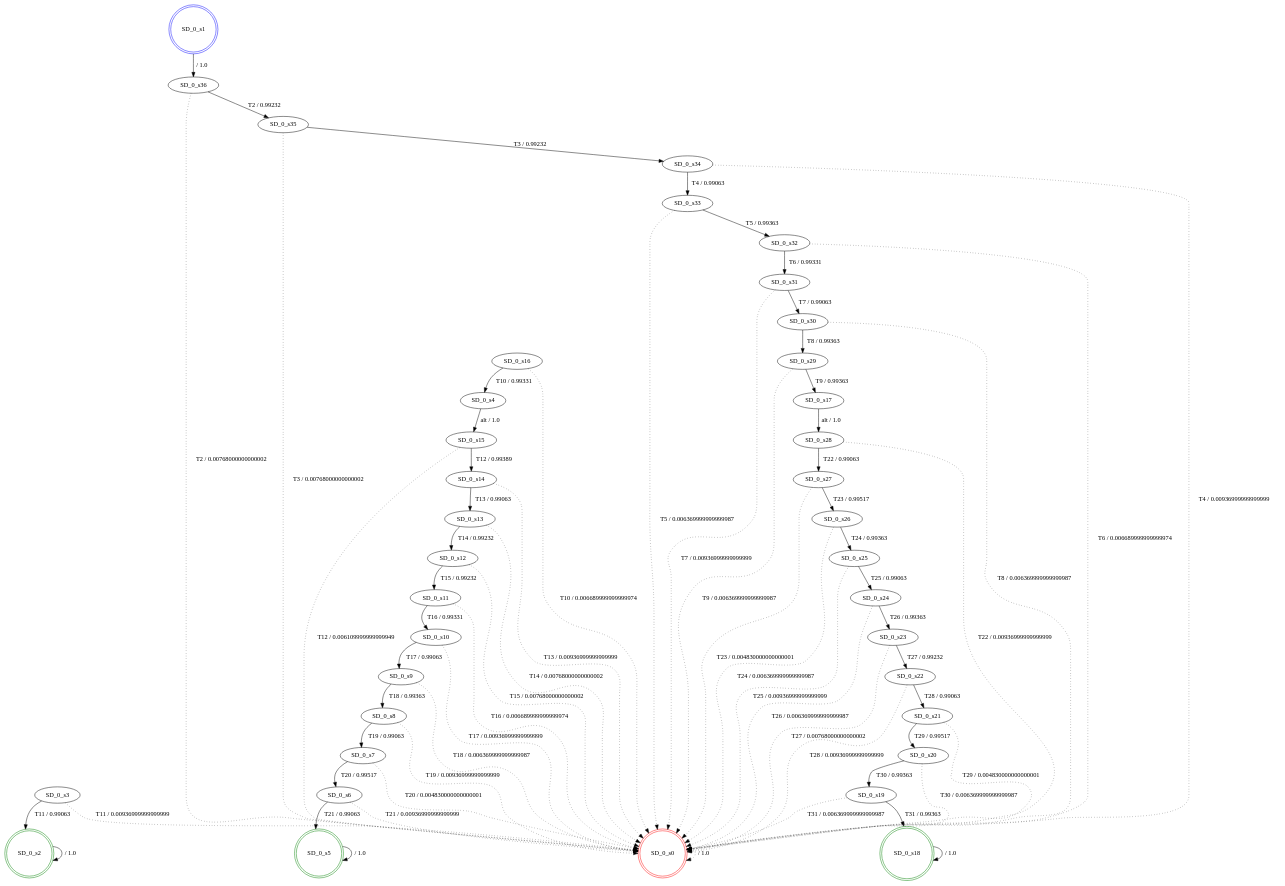
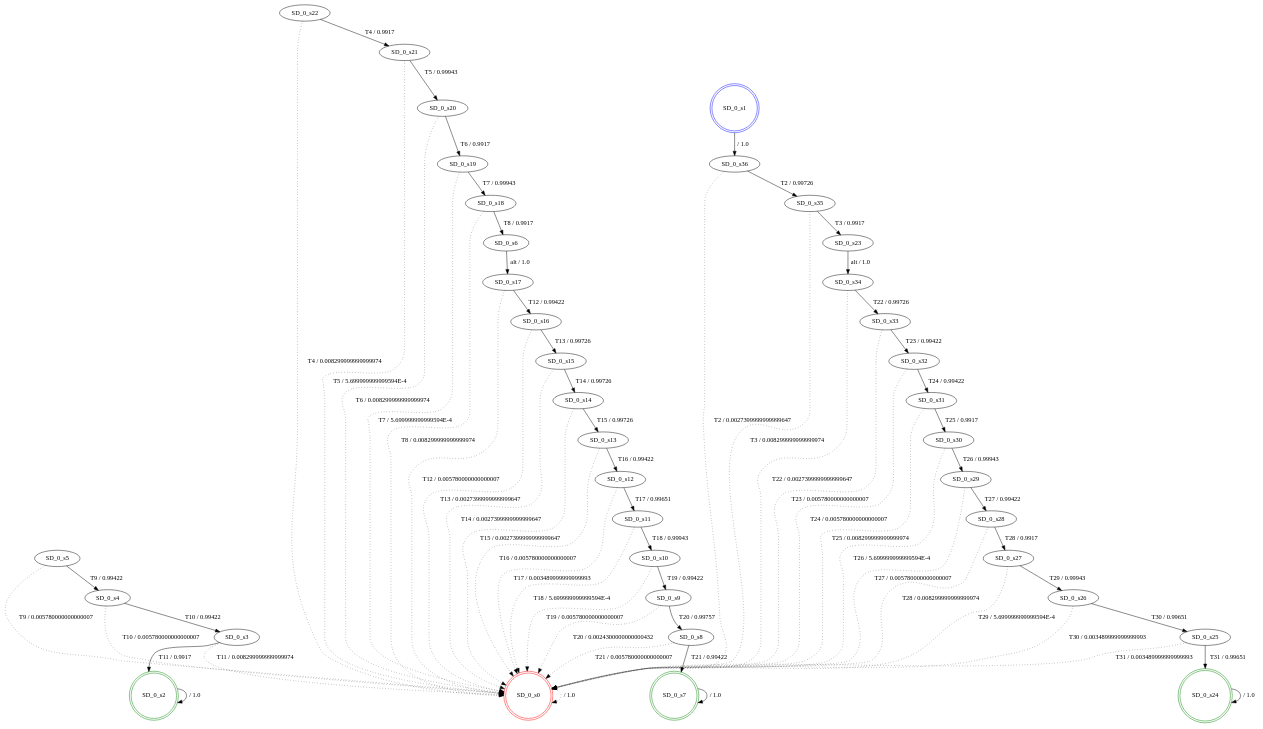
The diagram in src/results_igor/fdtmc_SD_0.dot (SPLMC/spl-generator), drawn with Graphviz before and after one commit. The commit also changed 20 other files, not shown here.

```diff
--- a/src/results_igor/fdtmc_SD_0.dot
+++ b/src/results_igor/fdtmc_SD_0.dot
@@ -1,106 +1,106 @@
 digraph graphname {
 SD_0_s0 [label="SD_0_s0",color=red,shape=doublecircle ];
 SD_0_s1 [label="SD_0_s1",color=blue,shape=doublecircle ];
 SD_0_s2 [label="SD_0_s2",color=green,shape=doublecircle ];
 SD_0_s3 [label="SD_0_s3" ];
 SD_0_s4 [label="SD_0_s4" ];
-SD_0_s5 [label="SD_0_s5",color=green,shape=doublecircle ];
+SD_0_s5 [label="SD_0_s5" ];
 SD_0_s6 [label="SD_0_s6" ];
-SD_0_s7 [label="SD_0_s7" ];
+SD_0_s7 [label="SD_0_s7",color=green,shape=doublecircle ];
 SD_0_s8 [label="SD_0_s8" ];
 SD_0_s9 [label="SD_0_s9" ];
 SD_0_s10 [label="SD_0_s10" ];
 SD_0_s11 [label="SD_0_s11" ];
 SD_0_s12 [label="SD_0_s12" ];
 SD_0_s13 [label="SD_0_s13" ];
 SD_0_s14 [label="SD_0_s14" ];
 SD_0_s15 [label="SD_0_s15" ];
 SD_0_s16 [label="SD_0_s16" ];
 SD_0_s17 [label="SD_0_s17" ];
-SD_0_s18 [label="SD_0_s18",color=green,shape=doublecircle ];
+SD_0_s18 [label="SD_0_s18" ];
 SD_0_s19 [label="SD_0_s19" ];
 SD_0_s20 [label="SD_0_s20" ];
 SD_0_s21 [label="SD_0_s21" ];
 SD_0_s22 [label="SD_0_s22" ];
 SD_0_s23 [label="SD_0_s23" ];
-SD_0_s24 [label="SD_0_s24" ];
+SD_0_s24 [label="SD_0_s24",color=green,shape=doublecircle ];
 SD_0_s25 [label="SD_0_s25" ];
 SD_0_s26 [label="SD_0_s26" ];
 SD_0_s27 [label="SD_0_s27" ];
 SD_0_s28 [label="SD_0_s28" ];
 SD_0_s29 [label="SD_0_s29" ];
 SD_0_s30 [label="SD_0_s30" ];
 SD_0_s31 [label="SD_0_s31" ];
 SD_0_s32 [label="SD_0_s32" ];
 SD_0_s33 [label="SD_0_s33" ];
 SD_0_s34 [label="SD_0_s34" ];
 SD_0_s35 [label="SD_0_s35" ];
 SD_0_s36 [label="SD_0_s36" ];
 SD_0_s0 -> SD_0_s0 [label=" / 1.0", style=dotted];
 SD_0_s1 -> SD_0_s36 [label=" / 1.0"];
 SD_0_s2 -> SD_0_s2 [label=" / 1.0"];
-SD_0_s3 -> SD_0_s2 [label="T11 / 0.99063"];
-SD_0_s3 -> SD_0_s0 [label="T11 / 0.00936999999999999", style=dotted];
-SD_0_s4 -> SD_0_s15 [label="alt / 1.0"];
-SD_0_s5 -> SD_0_s5 [label=" / 1.0"];
-SD_0_s6 -> SD_0_s5 [label="T21 / 0.99063"];
-SD_0_s6 -> SD_0_s0 [label="T21 / 0.00936999999999999", style=dotted];
-SD_0_s7 -> SD_0_s6 [label="T20 / 0.99517"];
-SD_0_s7 -> SD_0_s0 [label="T20 / 0.004830000000000001", style=dotted];
-SD_0_s8 -> SD_0_s7 [label="T19 / 0.99063"];
-SD_0_s8 -> SD_0_s0 [label="T19 / 0.00936999999999999", style=dotted];
-SD_0_s9 -> SD_0_s8 [label="T18 / 0.99363"];
-SD_0_s9 -> SD_0_s0 [label="T18 / 0.006369999999999987", style=dotted];
-SD_0_s10 -> SD_0_s9 [label="T17 / 0.99063"];
-SD_0_s10 -> SD_0_s0 [label="T17 / 0.00936999999999999", style=dotted];
-SD_0_s11 -> SD_0_s10 [label="T16 / 0.99331"];
-SD_0_s11 -> SD_0_s0 [label="T16 / 0.006689999999999974", style=dotted];
-SD_0_s12 -> SD_0_s11 [label="T15 / 0.99232"];
-SD_0_s12 -> SD_0_s0 [label="T15 / 0.00768000000000002", style=dotted];
-SD_0_s13 -> SD_0_s12 [label="T14 / 0.99232"];
-SD_0_s13 -> SD_0_s0 [label="T14 / 0.00768000000000002", style=dotted];
-SD_0_s14 -> SD_0_s13 [label="T13 / 0.99063"];
-SD_0_s14 -> SD_0_s0 [label="T13 / 0.00936999999999999", style=dotted];
-SD_0_s15 -> SD_0_s14 [label="T12 / 0.99389"];
-SD_0_s15 -> SD_0_s0 [label="T12 / 0.006109999999999949", style=dotted];
-SD_0_s16 -> SD_0_s4 [label="T10 / 0.99331"];
-SD_0_s16 -> SD_0_s0 [label="T10 / 0.006689999999999974", style=dotted];
-SD_0_s17 -> SD_0_s28 [label="alt / 1.0"];
-SD_0_s18 -> SD_0_s18 [label=" / 1.0"];
-SD_0_s19 -> SD_0_s18 [label="T31 / 0.99363"];
-SD_0_s19 -> SD_0_s0 [label="T31 / 0.006369999999999987", style=dotted];
-SD_0_s20 -> SD_0_s19 [label="T30 / 0.99363"];
-SD_0_s20 -> SD_0_s0 [label="T30 / 0.006369999999999987", style=dotted];
-SD_0_s21 -> SD_0_s20 [label="T29 / 0.99517"];
-SD_0_s21 -> SD_0_s0 [label="T29 / 0.004830000000000001", style=dotted];
-SD_0_s22 -> SD_0_s21 [label="T28 / 0.99063"];
-SD_0_s22 -> SD_0_s0 [label="T28 / 0.00936999999999999", style=dotted];
-SD_0_s23 -> SD_0_s22 [label="T27 / 0.99232"];
-SD_0_s23 -> SD_0_s0 [label="T27 / 0.00768000000000002", style=dotted];
-SD_0_s24 -> SD_0_s23 [label="T26 / 0.99363"];
-SD_0_s24 -> SD_0_s0 [label="T26 / 0.006369999999999987", style=dotted];
-SD_0_s25 -> SD_0_s24 [label="T25 / 0.99063"];
-SD_0_s25 -> SD_0_s0 [label="T25 / 0.00936999999999999", style=dotted];
-SD_0_s26 -> SD_0_s25 [label="T24 / 0.99363"];
-SD_0_s26 -> SD_0_s0 [label="T24 / 0.006369999999999987", style=dotted];
-SD_0_s27 -> SD_0_s26 [label="T23 / 0.99517"];
-SD_0_s27 -> SD_0_s0 [label="T23 / 0.004830000000000001", style=dotted];
-SD_0_s28 -> SD_0_s27 [label="T22 / 0.99063"];
-SD_0_s28 -> SD_0_s0 [label="T22 / 0.00936999999999999", style=dotted];
-SD_0_s29 -> SD_0_s17 [label="T9 / 0.99363"];
-SD_0_s29 -> SD_0_s0 [label="T9 / 0.006369999999999987", style=dotted];
-SD_0_s30 -> SD_0_s29 [label="T8 / 0.99363"];
-SD_0_s30 -> SD_0_s0 [label="T8 / 0.006369999999999987", style=dotted];
-SD_0_s31 -> SD_0_s30 [label="T7 / 0.99063"];
-SD_0_s31 -> SD_0_s0 [label="T7 / 0.00936999999999999", style=dotted];
-SD_0_s32 -> SD_0_s31 [label="T6 / 0.99331"];
-SD_0_s32 -> SD_0_s0 [label="T6 / 0.006689999999999974", style=dotted];
-SD_0_s33 -> SD_0_s32 [label="T5 / 0.99363"];
-SD_0_s33 -> SD_0_s0 [label="T5 / 0.006369999999999987", style=dotted];
-SD_0_s34 -> SD_0_s33 [label="T4 / 0.99063"];
-SD_0_s34 -> SD_0_s0 [label="T4 / 0.00936999999999999", style=dotted];
-SD_0_s35 -> SD_0_s34 [label="T3 / 0.99232"];
-SD_0_s35 -> SD_0_s0 [label="T3 / 0.00768000000000002", style=dotted];
-SD_0_s36 -> SD_0_s35 [label="T2 / 0.99232"];
-SD_0_s36 -> SD_0_s0 [label="T2 / 0.00768000000000002", style=dotted];
+SD_0_s3 -> SD_0_s2 [label="T11 / 0.9917"];
+SD_0_s3 -> SD_0_s0 [label="T11 / 0.008299999999999974", style=dotted];
+SD_0_s4 -> SD_0_s3 [label="T10 / 0.99422"];
+SD_0_s4 -> SD_0_s0 [label="T10 / 0.005780000000000007", style=dotted];
+SD_0_s5 -> SD_0_s4 [label="T9 / 0.99422"];
+SD_0_s5 -> SD_0_s0 [label="T9 / 0.005780000000000007", style=dotted];
+SD_0_s6 -> SD_0_s17 [label="alt / 1.0"];
+SD_0_s7 -> SD_0_s7 [label=" / 1.0"];
+SD_0_s8 -> SD_0_s7 [label="T21 / 0.99422"];
+SD_0_s8 -> SD_0_s0 [label="T21 / 0.005780000000000007", style=dotted];
+SD_0_s9 -> SD_0_s8 [label="T20 / 0.99757"];
+SD_0_s9 -> SD_0_s0 [label="T20 / 0.0024300000000000432", style=dotted];
+SD_0_s10 -> SD_0_s9 [label="T19 / 0.99422"];
+SD_0_s10 -> SD_0_s0 [label="T19 / 0.005780000000000007", style=dotted];
+SD_0_s11 -> SD_0_s10 [label="T18 / 0.99943"];
+SD_0_s11 -> SD_0_s0 [label="T18 / 5.699999999999594E-4", style=dotted];
+SD_0_s12 -> SD_0_s11 [label="T17 / 0.99651"];
+SD_0_s12 -> SD_0_s0 [label="T17 / 0.003489999999999993", style=dotted];
+SD_0_s13 -> SD_0_s12 [label="T16 / 0.99422"];
+SD_0_s13 -> SD_0_s0 [label="T16 / 0.005780000000000007", style=dotted];
+SD_0_s14 -> SD_0_s13 [label="T15 / 0.99726"];
+SD_0_s14 -> SD_0_s0 [label="T15 / 0.0027399999999999647", style=dotted];
+SD_0_s15 -> SD_0_s14 [label="T14 / 0.99726"];
+SD_0_s15 -> SD_0_s0 [label="T14 / 0.0027399999999999647", style=dotted];
+SD_0_s16 -> SD_0_s15 [label="T13 / 0.99726"];
+SD_0_s16 -> SD_0_s0 [label="T13 / 0.0027399999999999647", style=dotted];
+SD_0_s17 -> SD_0_s16 [label="T12 / 0.99422"];
+SD_0_s17 -> SD_0_s0 [label="T12 / 0.005780000000000007", style=dotted];
+SD_0_s18 -> SD_0_s6 [label="T8 / 0.9917"];
+SD_0_s18 -> SD_0_s0 [label="T8 / 0.008299999999999974", style=dotted];
+SD_0_s19 -> SD_0_s18 [label="T7 / 0.99943"];
+SD_0_s19 -> SD_0_s0 [label="T7 / 5.699999999999594E-4", style=dotted];
+SD_0_s20 -> SD_0_s19 [label="T6 / 0.9917"];
+SD_0_s20 -> SD_0_s0 [label="T6 / 0.008299999999999974", style=dotted];
+SD_0_s21 -> SD_0_s20 [label="T5 / 0.99943"];
+SD_0_s21 -> SD_0_s0 [label="T5 / 5.699999999999594E-4", style=dotted];
+SD_0_s22 -> SD_0_s21 [label="T4 / 0.9917"];
+SD_0_s22 -> SD_0_s0 [label="T4 / 0.008299999999999974", style=dotted];
+SD_0_s23 -> SD_0_s34 [label="alt / 1.0"];
+SD_0_s24 -> SD_0_s24 [label=" / 1.0"];
+SD_0_s25 -> SD_0_s24 [label="T31 / 0.99651"];
+SD_0_s25 -> SD_0_s0 [label="T31 / 0.003489999999999993", style=dotted];
+SD_0_s26 -> SD_0_s25 [label="T30 / 0.99651"];
+SD_0_s26 -> SD_0_s0 [label="T30 / 0.003489999999999993", style=dotted];
+SD_0_s27 -> SD_0_s26 [label="T29 / 0.99943"];
+SD_0_s27 -> SD_0_s0 [label="T29 / 5.699999999999594E-4", style=dotted];
+SD_0_s28 -> SD_0_s27 [label="T28 / 0.9917"];
+SD_0_s28 -> SD_0_s0 [label="T28 / 0.008299999999999974", style=dotted];
+SD_0_s29 -> SD_0_s28 [label="T27 / 0.99422"];
+SD_0_s29 -> SD_0_s0 [label="T27 / 0.005780000000000007", style=dotted];
+SD_0_s30 -> SD_0_s29 [label="T26 / 0.99943"];
+SD_0_s30 -> SD_0_s0 [label="T26 / 5.699999999999594E-4", style=dotted];
+SD_0_s31 -> SD_0_s30 [label="T25 / 0.9917"];
+SD_0_s31 -> SD_0_s0 [label="T25 / 0.008299999999999974", style=dotted];
+SD_0_s32 -> SD_0_s31 [label="T24 / 0.99422"];
+SD_0_s32 -> SD_0_s0 [label="T24 / 0.005780000000000007", style=dotted];
+SD_0_s33 -> SD_0_s32 [label="T23 / 0.99422"];
+SD_0_s33 -> SD_0_s0 [label="T23 / 0.005780000000000007", style=dotted];
+SD_0_s34 -> SD_0_s33 [label="T22 / 0.99726"];
+SD_0_s34 -> SD_0_s0 [label="T22 / 0.0027399999999999647", style=dotted];
+SD_0_s35 -> SD_0_s23 [label="T3 / 0.9917"];
+SD_0_s35 -> SD_0_s0 [label="T3 / 0.008299999999999974", style=dotted];
+SD_0_s36 -> SD_0_s35 [label="T2 / 0.99726"];
+SD_0_s36 -> SD_0_s0 [label="T2 / 0.0027399999999999647", style=dotted];
 }
```
